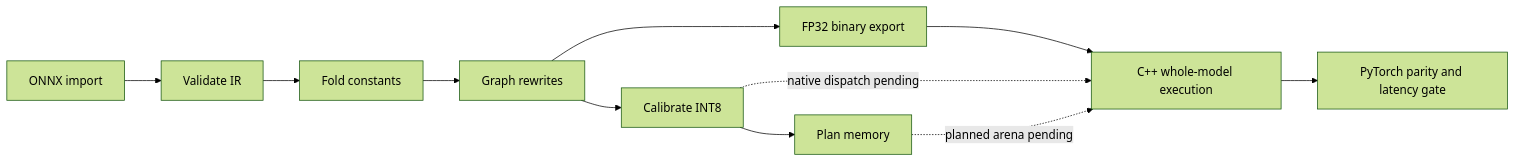
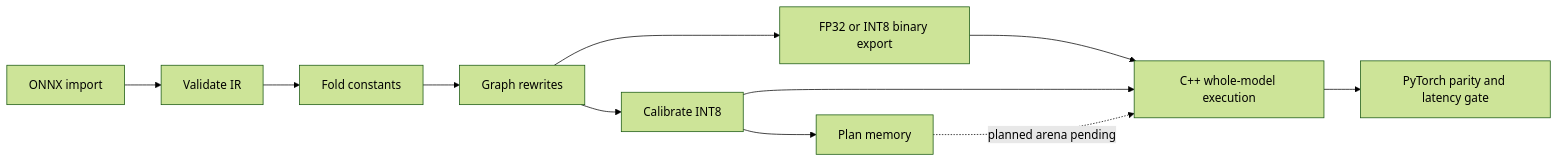
The second of 2 diagrams in README.md (Nbit-51/Leaf), drawn with Mermaid (forest theme) before and after one commit. The commit also changed other lines of this file and 22 other files, not shown here.

Commit message:
Add typed INT8 graph execution and CPU validation

````diff
--- a/README.md
+++ b/README.md
@@ -93,13 +100,13 @@
 ```mermaid
 flowchart LR
     A[ONNX import] --> B[Validate IR]
     B --> C[Fold constants]
     C --> D[Graph rewrites]
     D --> E[Calibrate INT8]
     E --> F[Plan memory]
-    D --> G[FP32 binary export]
+    D --> G[FP32 or INT8 binary export]
     G --> H[C++ whole-model execution]
-    E -. native dispatch pending .-> H
+    E --> H
     F -. planned arena pending .-> H
     H --> I[PyTorch parity and latency gate]
 ```
````
